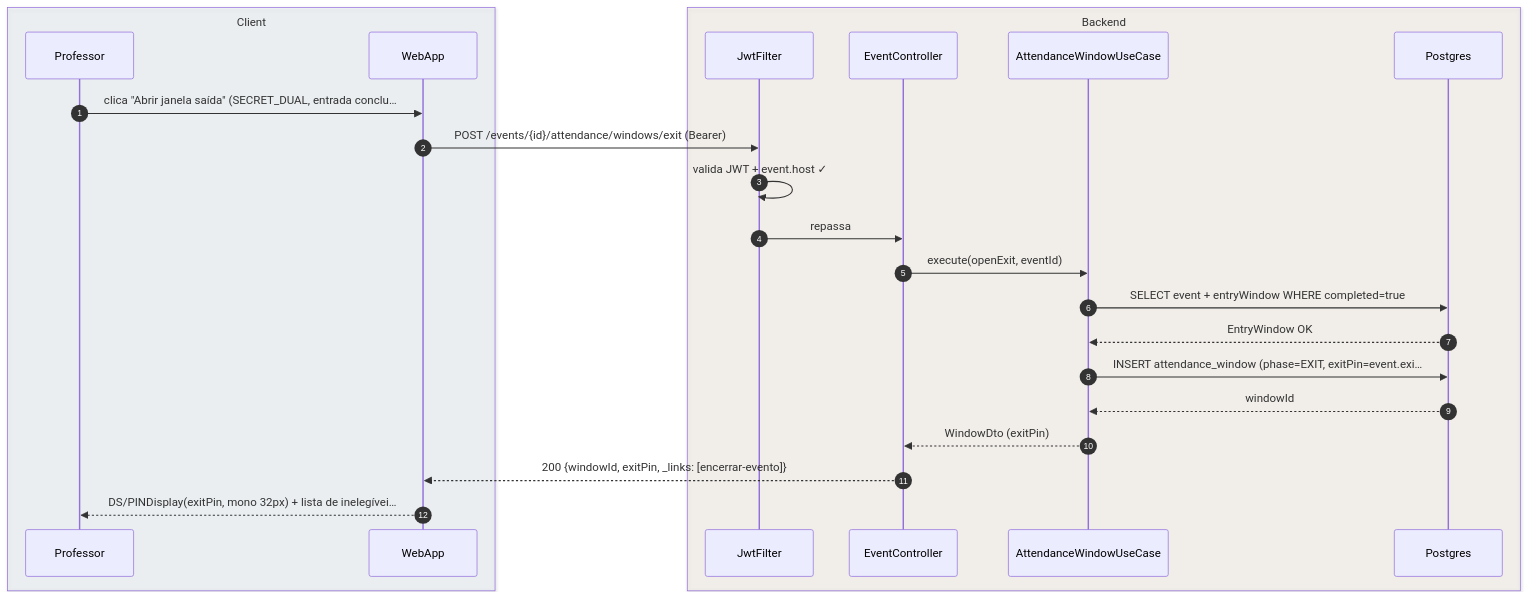
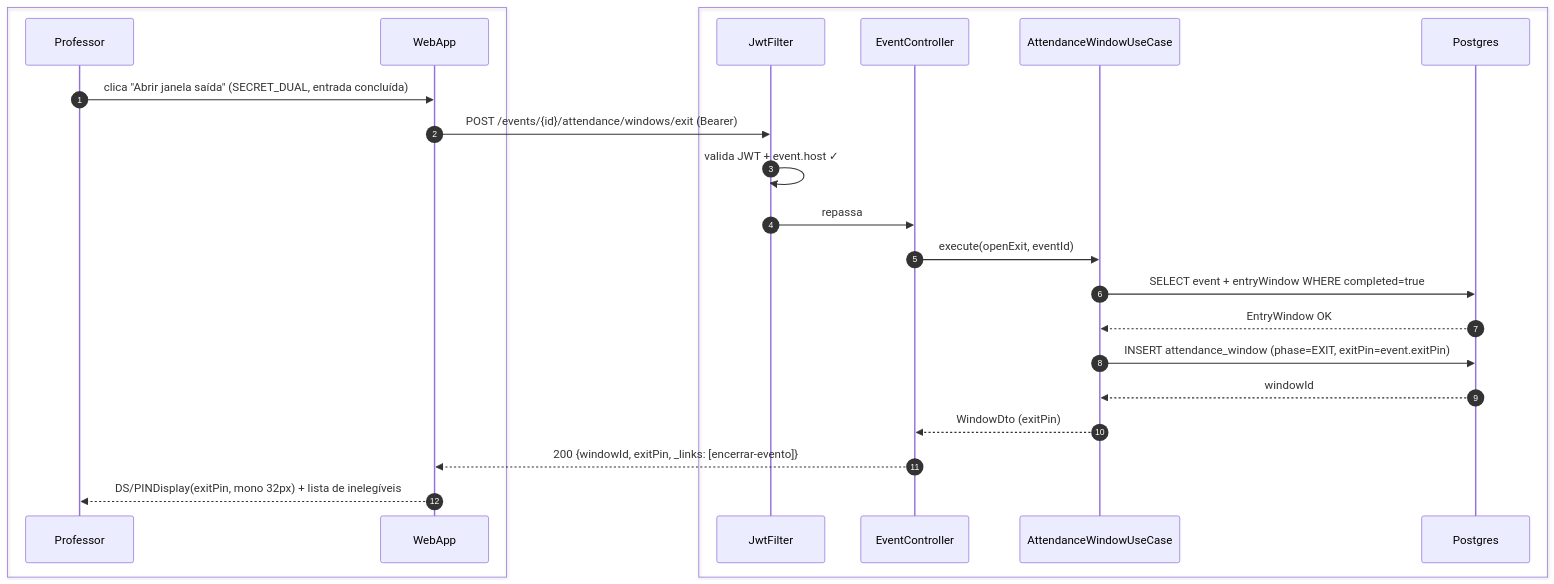
One commit to umishell/secretariaOnline2 changed the fourth of 6 diagrams in foundationDocs/sequenceDiagrams/F3 — Professor/US-F3-002-EVENTOS.md. Above: the diagram before and after it, drawn with Mermaid. The commit also changed other lines of this file and 70 other files, not shown here.

First line of the commit message:
Enhance database documentation and introduce new schema files

````diff
--- a/foundationDocs/sequenceDiagrams/F3 — Professor/US-F3-002-EVENTOS.md
+++ b/foundationDocs/sequenceDiagrams/F3 — Professor/US-F3-002-EVENTOS.md
@@ -192,27 +192,27 @@
 ```mermaid
 sequenceDiagram
     autonumber
-    box rgba(230,245,255,0.3) Client
+    box #e8f4fc Cliente
         participant Professor
         participant WebApp
     end
-    box rgba(255,245,230,0.3) Backend
+    box #fff8ee Servidor
         participant JwtFilter
         participant EventController
         participant AttendanceWindowUC as AttendanceWindowUseCase
         participant Postgres
     end
 
-    Professor->>WebApp: clica "Abrir janela saída" (SECRET_DUAL, entrada conclu…
+    Professor->>WebApp: clica "Abrir janela saída" (SECRET_DUAL, entrada concluída)
     WebApp->>JwtFilter: POST /events/{id}/attendance/windows/exit (Bearer)
     JwtFilter->>JwtFilter: valida JWT + event.host ✓
     JwtFilter->>EventController: repassa
     EventController->>AttendanceWindowUC: execute(openExit, eventId)
     AttendanceWindowUC->>Postgres: SELECT event + entryWindow WHERE completed=true
     Postgres-->>AttendanceWindowUC: EntryWindow OK
-    AttendanceWindowUC->>Postgres: INSERT attendance_window (phase=EXIT, exitPin=event.exi…
+    AttendanceWindowUC->>Postgres: INSERT attendance_window (phase=EXIT, exitPin=event.exitPin)
     Postgres-->>AttendanceWindowUC: windowId
     AttendanceWindowUC-->>EventController: WindowDto (exitPin)
     EventController-->>WebApp: 200 {windowId, exitPin, _links: [encerrar-evento]}
-    WebApp-->>Professor: DS/PINDisplay(exitPin, mono 32px) + lista de inelegívei…
+    WebApp-->>Professor: DS/PINDisplay(exitPin, mono 32px) + lista de inelegíveis
 ```
````
